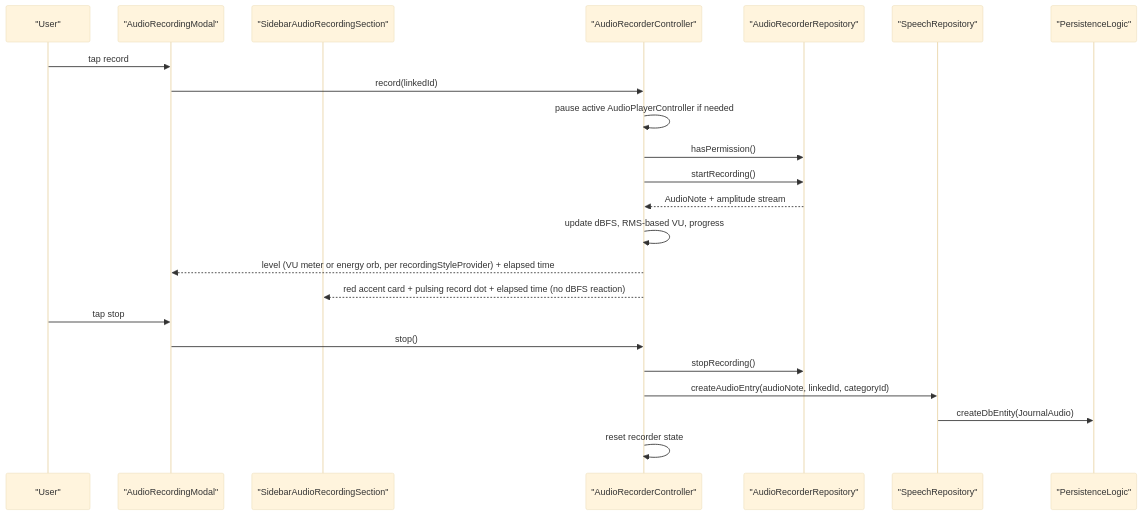
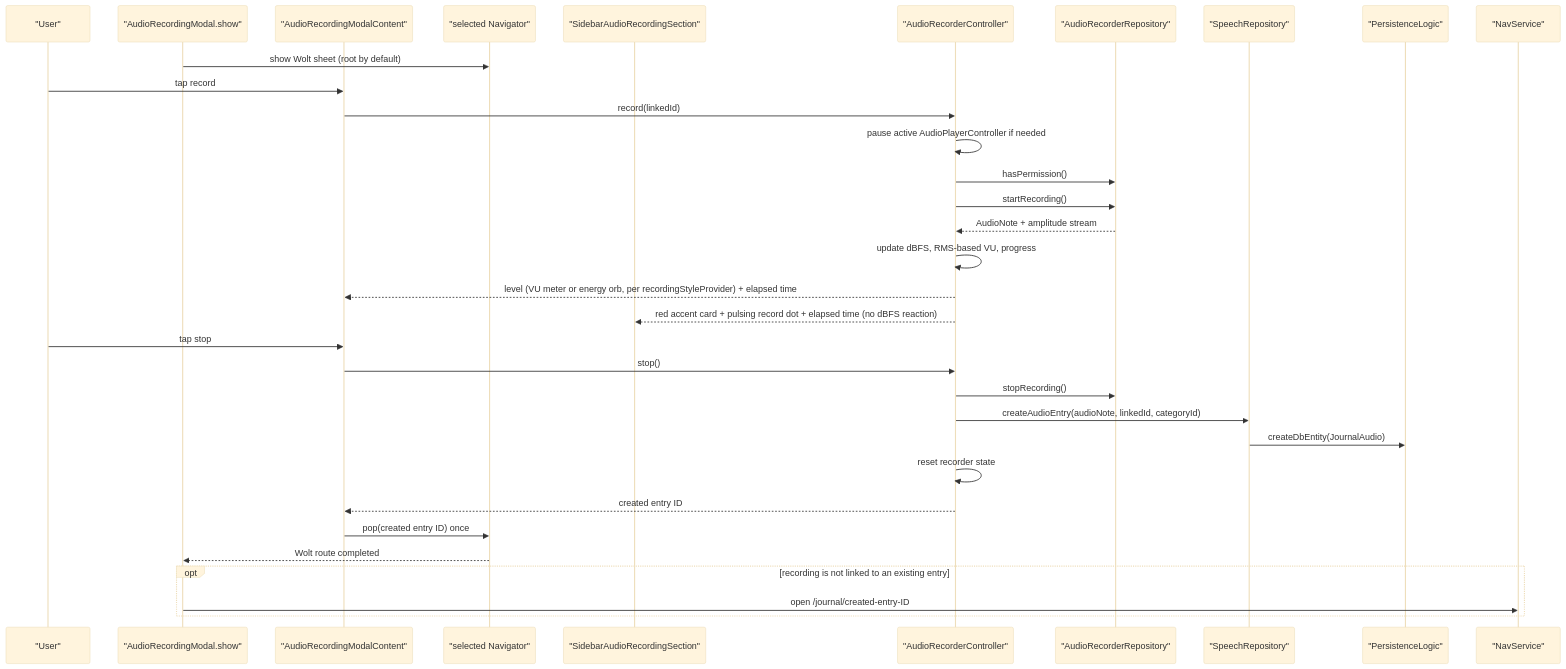
One commit to matthiasn/lotti changed the third of 5 diagrams in lib/features/speech/README.md. Above: the diagram before and after it, drawn with Mermaid (base theme). The commit also changed other lines of this file and 19 other files, not shown here.

Commit message:
fix: stabilize Linux audio recording (#3446)

````diff
--- a/lib/features/speech/README.md
+++ b/lib/features/speech/README.md
@@ -147,26 +155,36 @@
 ```mermaid
 sequenceDiagram
   participant User as "User"
-  participant Modal as "AudioRecordingModal"
+  participant Presenter as "AudioRecordingModal.show"
+  participant Modal as "AudioRecordingModalContent"
+  participant Navigator as "selected Navigator"
   participant Sidebar as "SidebarAudioRecordingSection"
   participant Ctl as "AudioRecorderController"
   participant Repo as "AudioRecorderRepository"
   participant Speech as "SpeechRepository"
   participant Persist as "PersistenceLogic"
+  participant AppNav as "NavService"
 
+  Presenter->>Navigator: show Wolt sheet (root by default)
   User->>Modal: tap record
   Modal->>Ctl: record(linkedId)
   Ctl->>Ctl: pause active AudioPlayerController if needed
   Ctl->>Repo: hasPermission()
   Ctl->>Repo: startRecording()
   Repo-->>Ctl: AudioNote + amplitude stream
   Ctl->>Ctl: update dBFS, RMS-based VU, progress
   Ctl-->>Modal: level (VU meter or energy orb, per recordingStyleProvider) + elapsed time
   Ctl-->>Sidebar: red accent card + pulsing record dot + elapsed time (no dBFS reaction)
   User->>Modal: tap stop
   Modal->>Ctl: stop()
   Ctl->>Repo: stopRecording()
   Ctl->>Speech: createAudioEntry(audioNote, linkedId, categoryId)
   Speech->>Persist: createDbEntity(JournalAudio)
   Ctl->>Ctl: reset recorder state
+  Ctl-->>Modal: created entry ID
+  Modal->>Navigator: pop(created entry ID) once
+  Navigator-->>Presenter: Wolt route completed
+  opt recording is not linked to an existing entry
+    Presenter->>AppNav: open /journal/created-entry-ID
+  end
 ```
````
